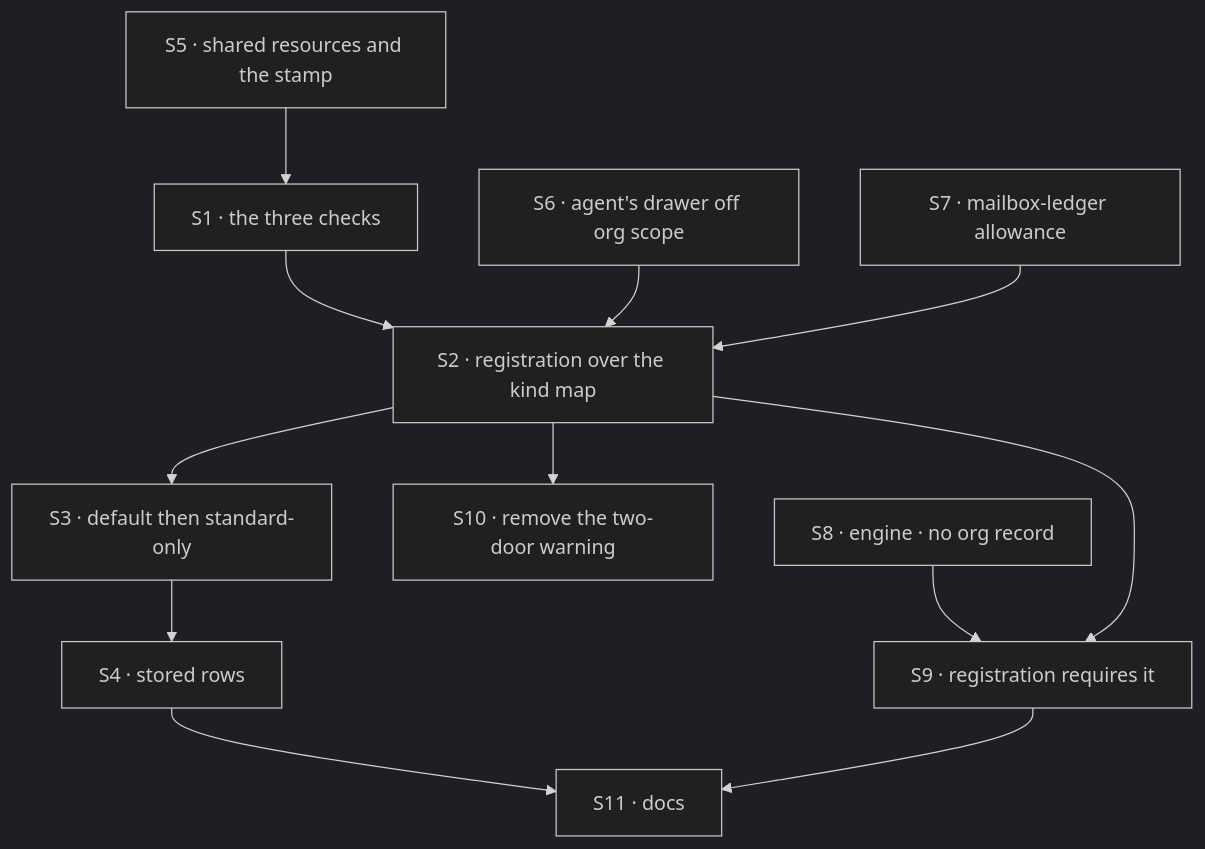
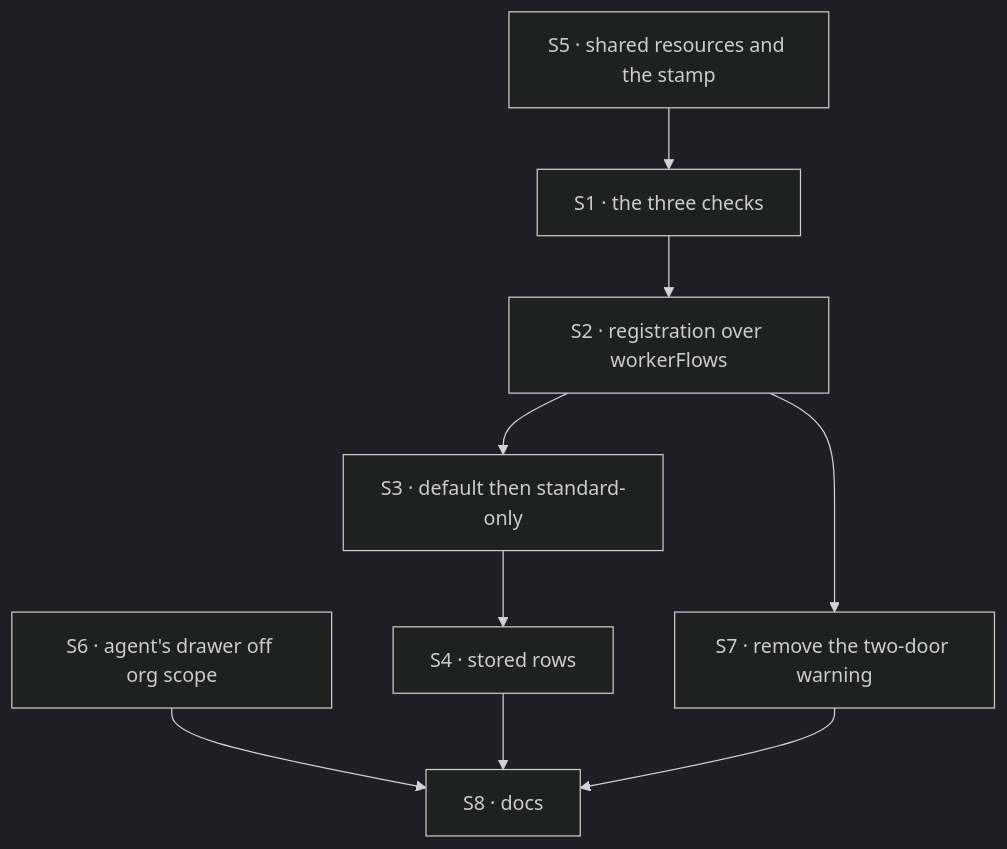
One commit to fixpoint-labs/flow-state-dev changed the diagram in specs/issues/FIX-1789/PLAN.md. Above: the diagram before and after it, drawn with Mermaid (dark theme). The commit also changed other lines of this file and 13 other files, not shown here.

````diff
--- a/specs/issues/FIX-1789/PLAN.md
+++ b/specs/issues/FIX-1789/PLAN.md
@@ -27,14 +24,11 @@
 ```mermaid
 flowchart TD
-  S1["S1 · the three checks"] --> S2["S2 · registration over the kind map"]
-  S6["S6 · agent's drawer off org scope"] --> S2
-  S7["S7 · mailbox-ledger allowance"] --> S2
+  S1["S1 · the three checks"] --> S2["S2 · registration over workerFlows"]
+  S5["S5 · shared resources and the stamp"] --> S1
   S2 --> S3["S3 · default then standard-only"]
   S3 --> S4["S4 · stored rows"]
-  S2 --> S10["S10 · remove the two-door warning"]
-  S5["S5 · shared resources and the stamp"] --> S1
-  S8["S8 · engine · no org record"] --> S9["S9 · registration requires it"]
-  S2 --> S9
-  S4 --> S11["S11 · docs"]
-  S9 --> S11
+  S2 --> S7["S7 · remove the two-door warning"]
+  S6["S6 · agent's drawer off org scope"] --> S8["S8 · docs"]
+  S4 --> S8
+  S7 --> S8
 ```
````
